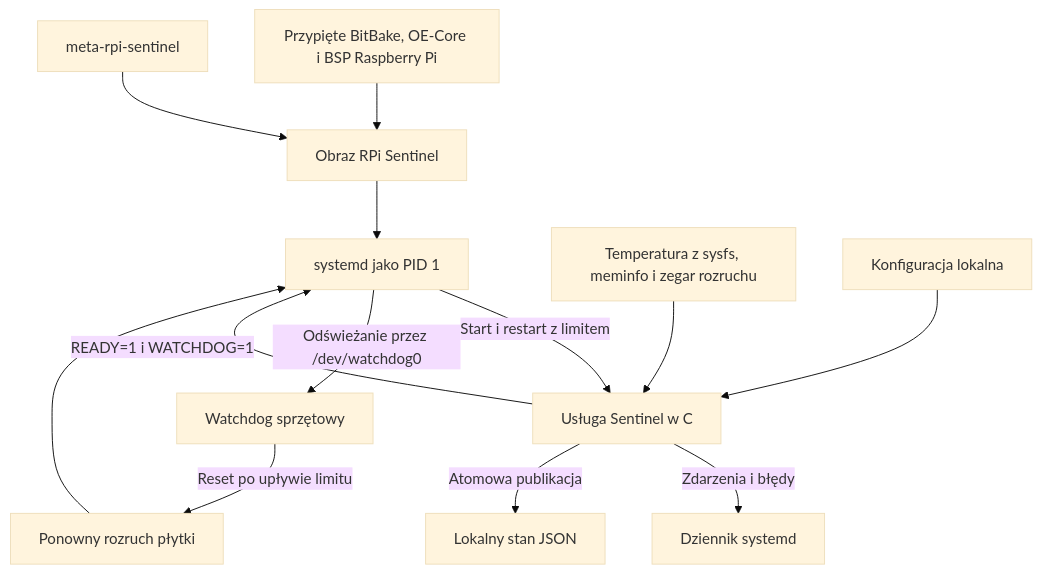
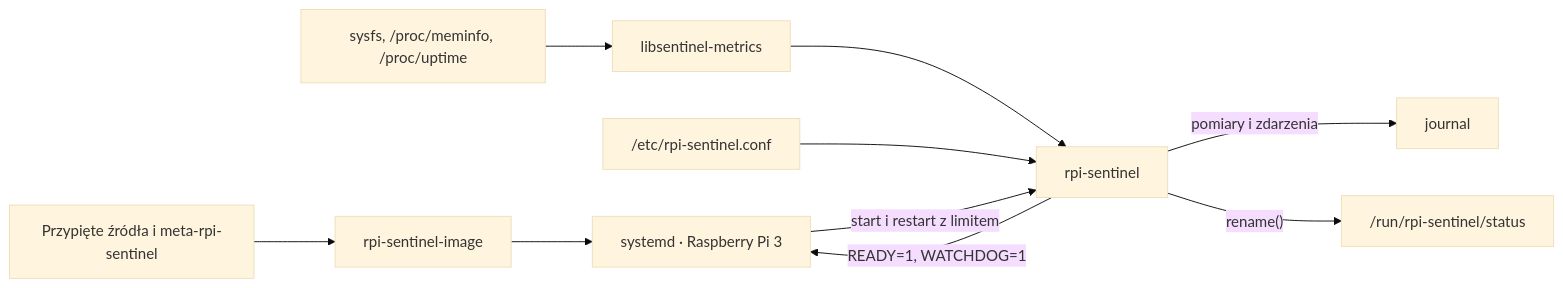
One commit to DominikZurawski/yocto-rpi-health-monitor changed the diagram in docs/architecture.md. Above: the diagram before and after it, drawn with Mermaid (base theme). The commit also changed other lines of this file and 12 other files, not shown here.

Commit message:
Prepare RPi Sentinel for public release

````diff
--- a/docs/architecture.md
+++ b/docs/architecture.md
@@ -41,15 +20,12 @@
 ```mermaid
-flowchart TD
-    B["Przypięte BitBake, OE-Core i BSP Raspberry Pi"] --> I["Obraz RPi Sentinel"]
-    L["meta-rpi-sentinel"] --> I
-    I --> S["systemd jako PID 1"]
-    S -->|"Start i restart z limitem"| A["Usługa Sentinel w C"]
-    K["Temperatura z sysfs, meminfo i zegar rozruchu"] --> A
-    C["Konfiguracja lokalna"] --> A
-    A -->|"Zdarzenia i błędy"| J["Dziennik systemd"]
-    A -->|"Atomowa publikacja"| F["Lokalny stan JSON"]
-    A -->|"READY=1 i WATCHDOG=1"| S
-    S -->|"Odświeżanie przez /dev/watchdog0"| W["Watchdog sprzętowy"]
-    W -->|"Reset po upływie limitu"| R["Ponowny rozruch płytki"]
-    R --> S
+flowchart LR
+    L["Przypięte źródła i meta-rpi-sentinel"] --> I["rpi-sentinel-image"]
+    I --> S["systemd · Raspberry Pi 3"]
+    K["sysfs, /proc/meminfo, /proc/uptime"] --> M["libsentinel-metrics"]
+    M --> A["rpi-sentinel"]
+    C["/etc/rpi-sentinel.conf"] --> A
+    S -->|"start i restart z limitem"| A
+    A -->|"READY=1, WATCHDOG=1"| S
+    A -->|"pomiary i zdarzenia"| J["journal"]
+    A -->|"rename()"| F["/run/rpi-sentinel/status"]
 ```
````
